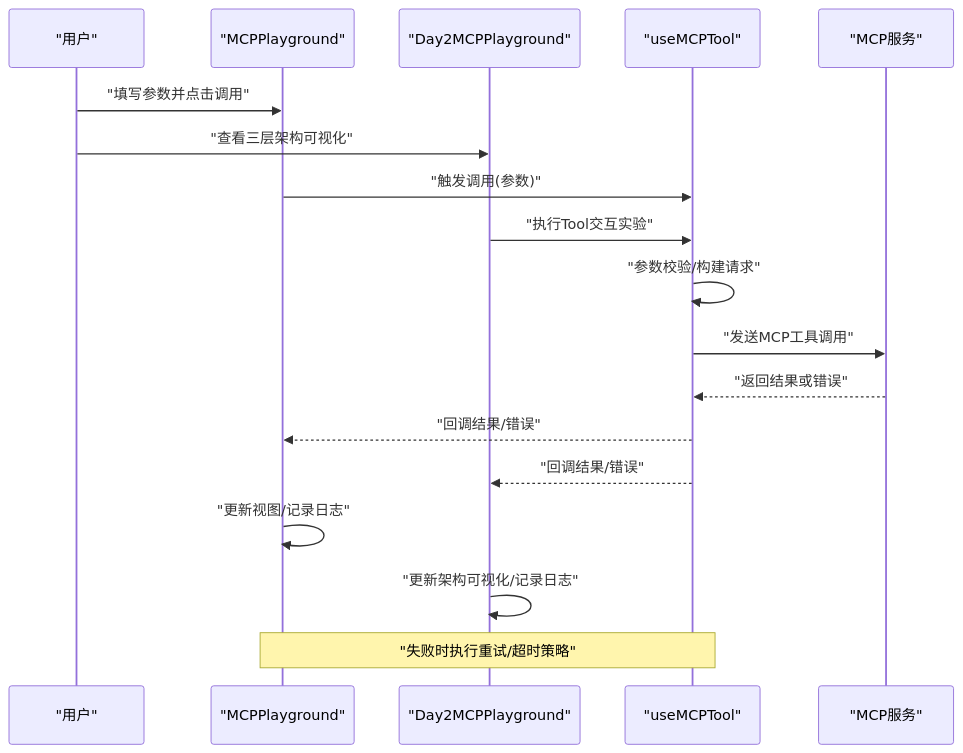
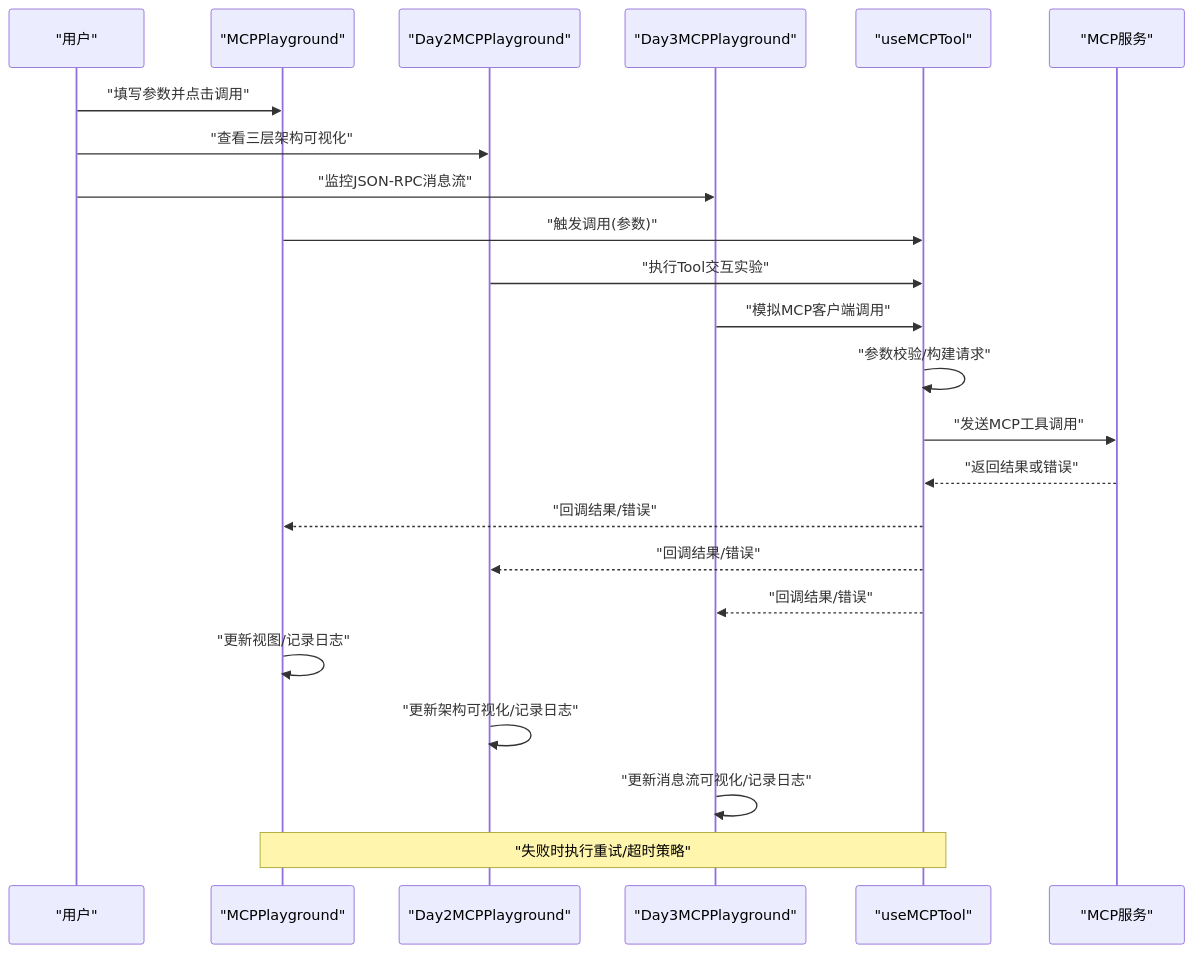
One commit to Leslie-Chuan/classic-example changed the second of 3 diagrams in .qoder/repowiki/zh/content/UI组件/MCPPlayground组件.md. Above: the diagram before and after it, drawn with Mermaid. The commit also changed other lines of this file and 45 other files, not shown here.

````diff
--- a/.qoder/repowiki/zh/content/UI组件/MCPPlayground组件.md
+++ b/.qoder/repowiki/zh/content/UI组件/MCPPlayground组件.md
@@ -103,20 +109,25 @@
 ```mermaid
 sequenceDiagram
 participant U as "用户"
 participant P as "MCPPlayground"
 participant P2 as "Day2MCPPlayground"
+participant P3 as "Day3MCPPlayground"
 participant H as "useMCPTool"
 participant S as "MCP服务"
 U->>P : "填写参数并点击调用"
 U->>P2 : "查看三层架构可视化"
+U->>P3 : "监控JSON-RPC消息流"
 P->>H : "触发调用(参数)"
 P2->>H : "执行Tool交互实验"
+P3->>H : "模拟MCP客户端调用"
 H->>H : "参数校验/构建请求"
 H->>S : "发送MCP工具调用"
 S-->>H : "返回结果或错误"
 H-->>P : "回调结果/错误"
 H-->>P2 : "回调结果/错误"
+H-->>P3 : "回调结果/错误"
 P->>P : "更新视图/记录日志"
 P2->>P2 : "更新架构可视化/记录日志"
+P3->>P3 : "更新消息流可视化/记录日志"
 Note over P,H : "失败时执行重试/超时策略"
 ```
````
